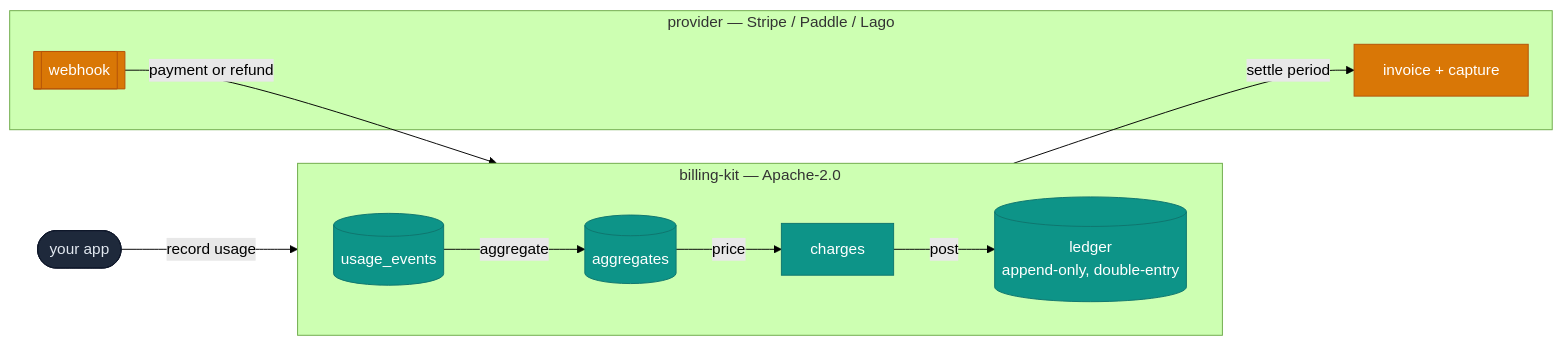
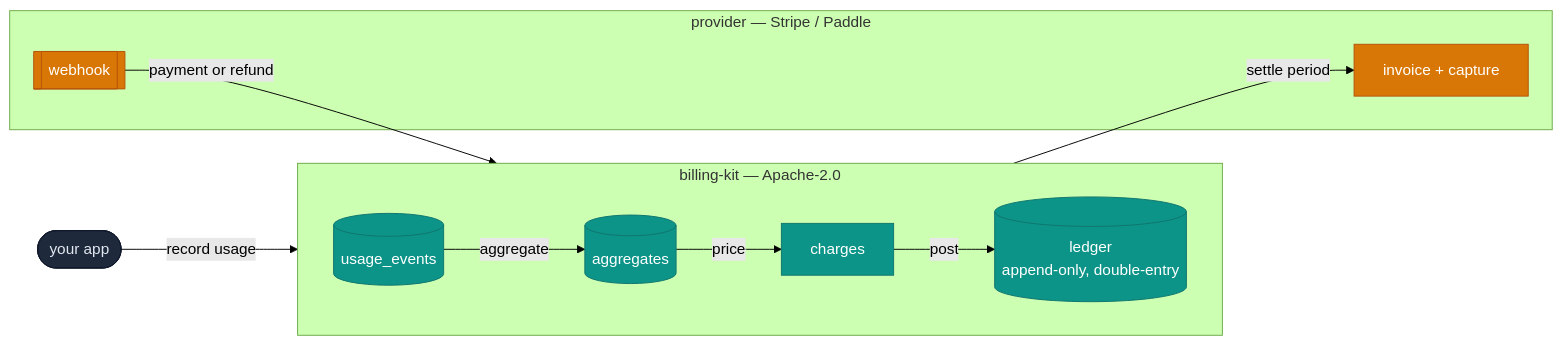
Before and after one commit to QuxKit/billing-kit: the first of 2 diagrams in docs/DIAGRAMS.md, drawn with Mermaid (forest theme). The commit also changed 6 other files, not shown here.

````diff
--- a/docs/DIAGRAMS.md
+++ b/docs/DIAGRAMS.md
@@ -10,31 +10,31 @@
 ```mermaid
 flowchart LR
     app(["your app"])
 
     subgraph BK["billing-kit — Apache-2.0"]
         direction LR
         ev[("usage_events")]
         agg[("aggregates")]
         chg["charges"]
         led[("ledger<br/>append-only, double-entry")]
         ev -->|aggregate| agg
         agg -->|price| chg
         chg -->|post| led
     end
 
-    subgraph PV["provider — Stripe / Paddle / Lago"]
+    subgraph PV["provider — Stripe / Paddle"]
         inv["invoice + capture"]
         hook[["webhook"]]
     end
 
     app -->|record usage| ev
     led -->|settle period| inv
     hook -->|payment or refund| led
 
     classDef own fill:#0d9488,stroke:#0f766e,color:#ffffff;
     classDef prov fill:#d97706,stroke:#b45309,color:#ffffff;
     classDef edge fill:#1e293b,stroke:#0f172a,color:#e2e8f0;
     class ev,agg,chg,led own;
     class inv,hook prov;
     class app edge;
 ```
````
